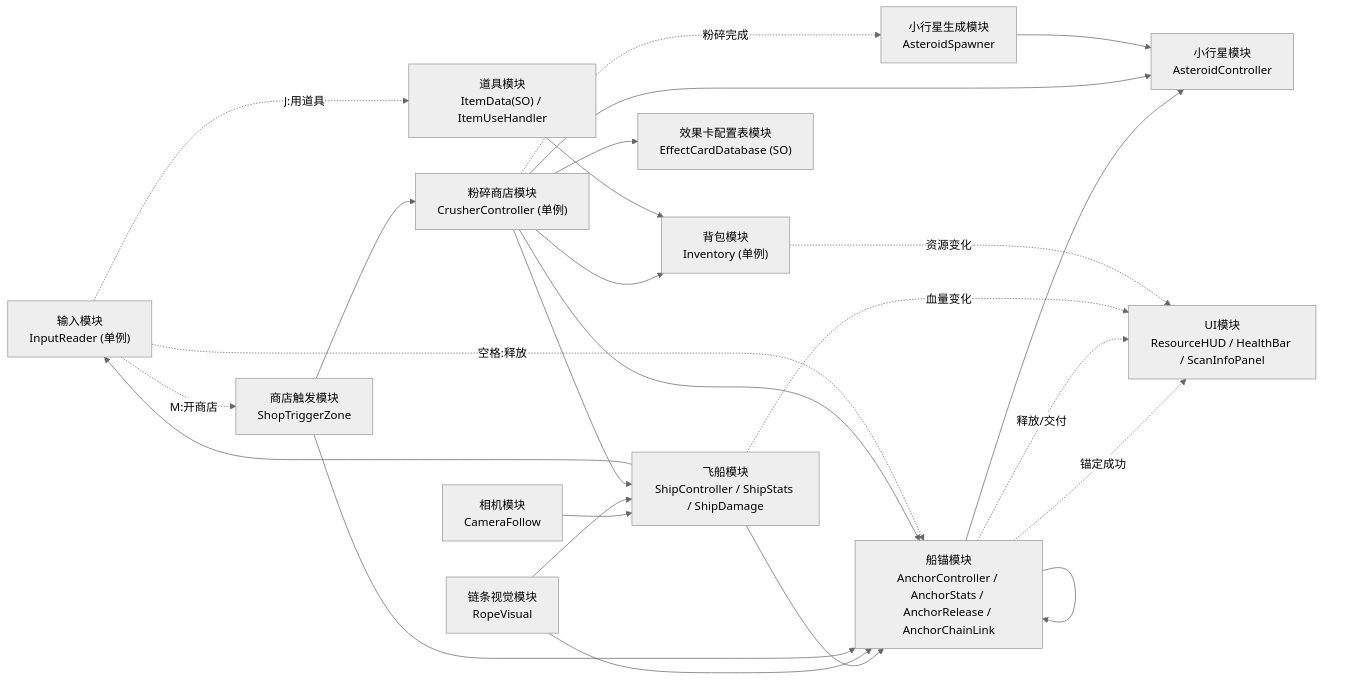
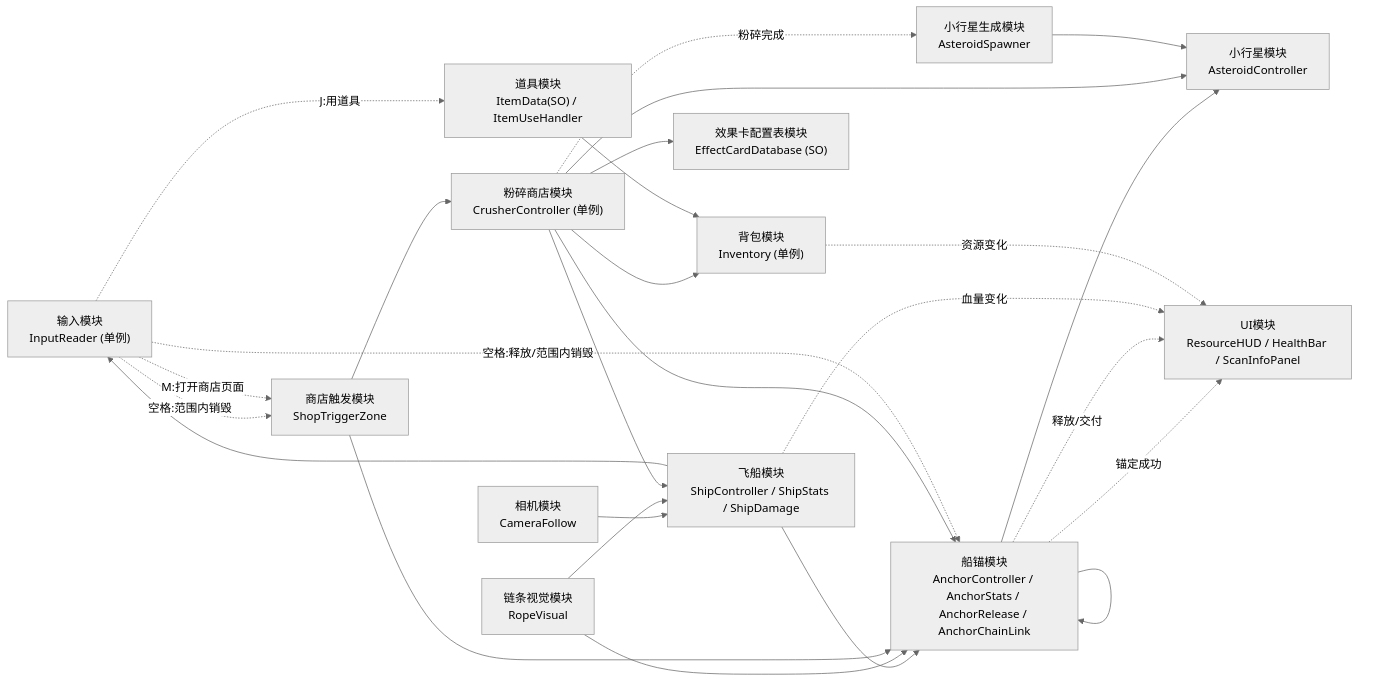
One commit to WWWSSSAAADDD/CiGA-Game-Jam-2026 changed the third of 7 diagrams in 模块架构交接文档.md. Above: the diagram before and after it, drawn with Mermaid (neutral theme). The commit also changed other lines of this file and 14 other files, not shown here.

````diff
--- a/模块架构交接文档.md
+++ b/模块架构交接文档.md
@@ -295,42 +295,43 @@
 ```mermaid
 flowchart LR
     Input["输入模块<br/>InputReader (单例)"]
     Cam["相机模块<br/>CameraFollow"]
     Ship["飞船模块<br/>ShipController / ShipStats / ShipDamage"]
     Anchor["船锚模块<br/>AnchorController / AnchorStats / AnchorRelease / AnchorChainLink"]
     Rope["链条视觉模块<br/>RopeVisual"]
     Ast["小行星模块<br/>AsteroidController"]
     Spawner["小行星生成模块<br/>AsteroidSpawner"]
     ShopZone["商店触发模块<br/>ShopTriggerZone"]
     Crusher["粉碎商店模块<br/>CrusherController (单例)"]
     Inv["背包模块<br/>Inventory (单例)"]
     UI["UI模块<br/>ResourceHUD / HealthBar / ScanInfoPanel"]
     Cards["效果卡配置表模块<br/>EffectCardDatabase (SO)"]
     Item["道具模块<br/>ItemData(SO) / ItemUseHandler"]
 
     Cam --> Ship
     Ship --> Input
     Ship --> Anchor
     Anchor --> Anchor
     Anchor --> Ast
     Rope --> Ship
     Rope --> Anchor
     ShopZone --> Anchor
     ShopZone --> Crusher
     Crusher --> Ast
     Crusher --> Inv
     Crusher --> Cards
     Crusher --> Ship
     Crusher --> Anchor
     Item --> Inv
     Spawner --> Ast
 
-    Input -.->|空格:释放| Anchor
-    Input -.->|M:开商店| ShopZone
+    Input -.->|空格:释放/范围内销毁| Anchor
+    Input -.->|空格:范围内销毁| ShopZone
+    Input -.->|M:打开商店页面| ShopZone
     Input -.->|J:用道具| Item
     Anchor -.->|锚定成功| UI
     Anchor -.->|释放/交付| UI
     Ship -.->|血量变化| UI
     Inv -.->|资源变化| UI
     Crusher -.->|粉碎完成| Spawner
 ```
````
